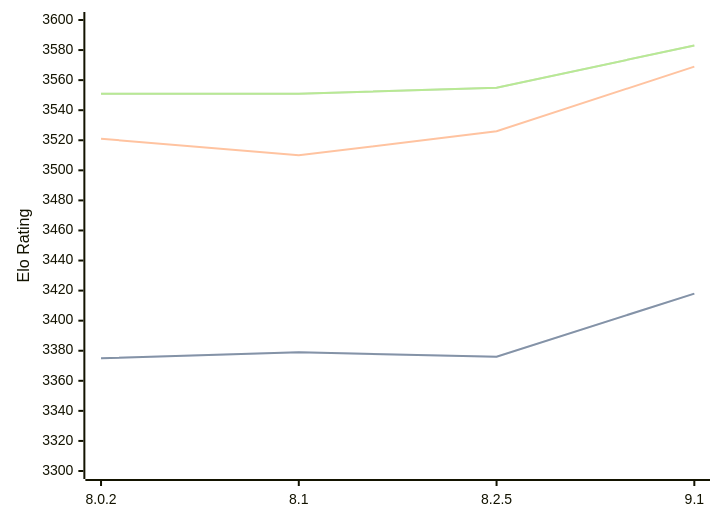
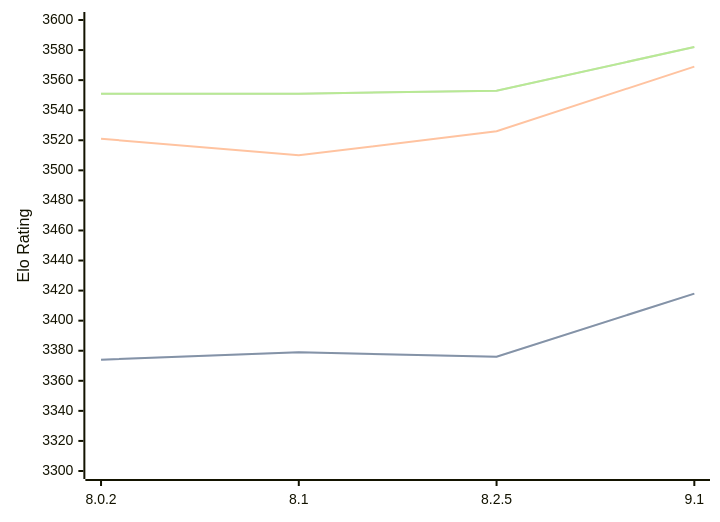
Before and after one commit to computer-chess-index/cci: the diagram in engines/Clover.md, drawn with Mermaid. The commit also changed other lines of this file, not shown here.

Commit message:
Update CCI Ratings (ELO VLTC) - 2026-04-21

````diff
--- a/engines/Clover.md
+++ b/engines/Clover.md
@@ -64,11 +64,11 @@
 ```mermaid
 %%{init: {"theme":"base","themeVariables":{"seriesColors:['#a3a3a3','#222221','#faa371']}}}%%
 xychart-beta
   x-axis ["8.0.2", "8.1", "8.2.5", "9.1"]
   y-axis "Elo Rating" 3300 --> 3600
-  line "STC (8.0+0.08s)" [3375, 3379, 3376, 3418]
-  line "STC (8.0+0.08s)" [3375, 3379, 3376, 3418]
+  line "STC (8.0+0.08s)" [3374, 3379, 3376, 3418]
+  line "STC (8.0+0.08s)" [3374, 3379, 3376, 3418]
   line "LTC (60.0+0.60s)" [3521, 3510, 3526, 3569]
-  line "VLTC (2m24s+1.12s)" [3551, 3551, 3555, 3583]
-  line "VLTC (2m24s+1.12s)" [3551, 3551, 3555, 3583]
+  line "VLTC (2m24s+1.12s)" [3551, 3551, 3553, 3582]
+  line "VLTC (2m24s+1.12s)" [3551, 3551, 3553, 3582]
 ```
````
